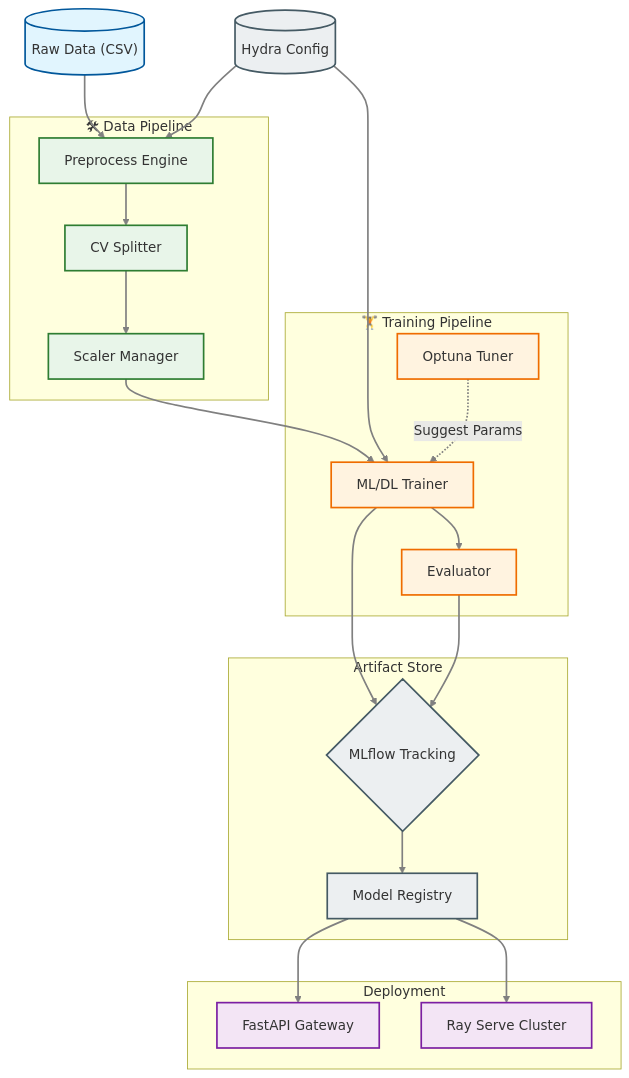
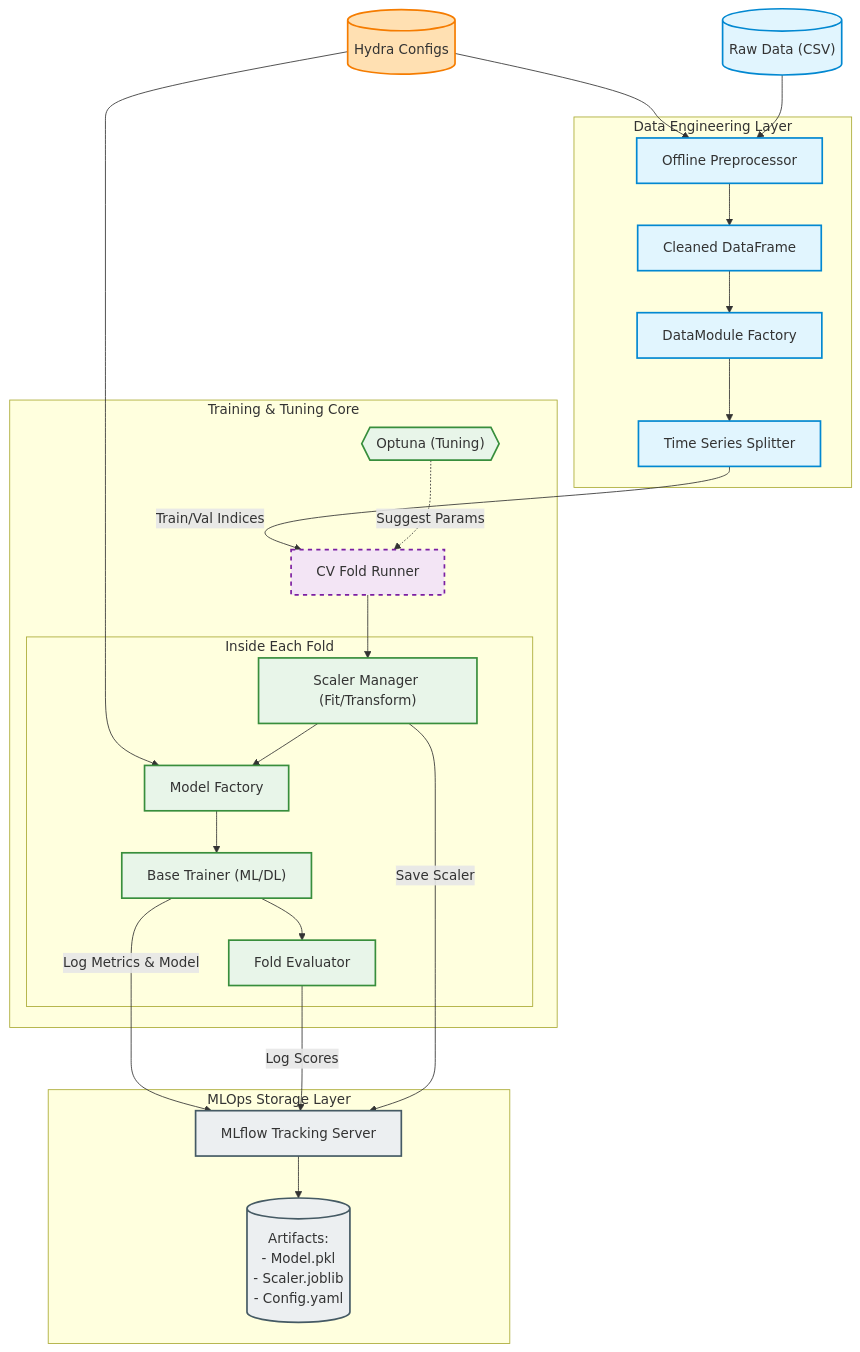
Before and after one commit to bambootran89/ml_pipeline_template: the first of 2 diagrams in README.md, drawn with Mermaid. The commit also changed other lines of this file, not shown here.

````diff
--- a/README.md
+++ b/README.md
@@ -31,55 +34,59 @@
 ```mermaid
-graph TD
-    %% Define Styles
-    classDef data fill:#e1f5fe,stroke:#01579b,stroke-width:2px;
-    classDef process fill:#e8f5e9,stroke:#2e7d32,stroke-width:2px;
-    classDef model fill:#fff3e0,stroke:#ef6c00,stroke-width:2px;
-    classDef serving fill:#f3e5f5,stroke:#7b1fa2,stroke-width:2px;
-    classDef storage fill:#eceff1,stroke:#455a64,stroke-width:2px;
+flowchart TD
+    %% Global Styles
+    classDef config fill:#ffe0b2,stroke:#f57c00,stroke-width:2px;
+    classDef data fill:#e1f5fe,stroke:#0288d1,stroke-width:2px;
+    classDef core fill:#e8f5e9,stroke:#388e3c,stroke-width:2px;
+    classDef loop fill:#f3e5f5,stroke:#7b1fa2,stroke-width:2px,stroke-dasharray: 5 5;
+    classDef artifact fill:#eceff1,stroke:#455a64,stroke-width:2px;
 
     %% Nodes
+    Hydra[("Hydra Configs")]:::config
     RawData[("Raw Data (CSV)")]:::data
-    Config[("Hydra Config")]:::storage
     
-    subgraph Preprocessing["🛠 Data Pipeline"]
-        Cleaner[Preprocess Engine]:::process
-        Splitter[CV Splitter]:::process
-        Scaler[Scaler Manager]:::process
+    subgraph DataEngineering ["Data Engineering Layer"]
+        OfflinePrep["Offline Preprocessor"]:::data
+        CleanData["Cleaned DataFrame"]:::data
+        FactoryDM["DataModule Factory"]:::data
+        Splitter["Time Series Splitter"]:::data
     end
 
-    subgraph Training["🏋️ Training Pipeline"]
-        Trainer[ML/DL Trainer]:::model
-        Tuner[Optuna Tuner]:::model
-        Evaluator[Evaluator]:::model
+    subgraph TrainingLoop ["Training & Tuning Core"]
+        Optuna{{"Optuna (Tuning)"}}:::core
+        CVRun["CV Fold Runner"]:::loop
+        
+        subgraph FoldExecution ["Inside Each Fold"]
+            Scaler["Scaler Manager (Fit/Transform)"]:::core
+            ModelFac["Model Factory"]:::core
+            Trainer["Base Trainer (ML/DL)"]:::core
+            Evaluator["Fold Evaluator"]:::core
+        end
     end
 
-    subgraph Tracking["Artifact Store"]
-        MLflow{MLflow Tracking}:::storage
-        Registry[Model Registry]:::storage
-    end
-
-    subgraph Serving["Deployment"]
-        API[FastAPI Gateway]:::serving
-        Ray[Ray Serve Cluster]:::serving
+    subgraph ArtifactStore ["MLOps Storage Layer"]
+        MLflow["MLflow Tracking Server"]:::artifact
+        Artifacts[("Artifacts:\n- Model.pkl\n- Scaler.joblib\n- Config.yaml")]:::artifact
     end
 
     %% Flow
-    RawData --> Cleaner
-    Config --> Cleaner
-    Cleaner --> Splitter
-    Splitter --> Scaler
-    Scaler --> Trainer
+    Hydra --> OfflinePrep
+    Hydra --> ModelFac
+    RawData --> OfflinePrep
+    OfflinePrep --> CleanData
+    CleanData --> FactoryDM
+    FactoryDM --> Splitter
     
-    Config --> Trainer
+    Splitter -- "Train/Val Indices" --> CVRun
+    Optuna -.->|"Suggest Params"| CVRun
+    
+    CVRun --> Scaler
+    Scaler --> ModelFac
+    ModelFac --> Trainer
     Trainer --> Evaluator
-    Trainer --> MLflow
-    Evaluator --> MLflow
-    Tuner -.->|Suggest Params| Trainer
     
-    MLflow --> Registry
-    Registry --> API
-    Registry --> Ray
-
-    %% Links
-    linkStyle 0,1,2,3,4,5,6,7,8,9,10,11,12 stroke-width:2px,fill:none,stroke:gray;
+    Trainer -- "Log Metrics & Model" --> MLflow
+    Evaluator -- "Log Scores" --> MLflow
+    Scaler -- "Save Scaler" --> MLflow
+    
+    MLflow --> Artifacts
 ```
````
